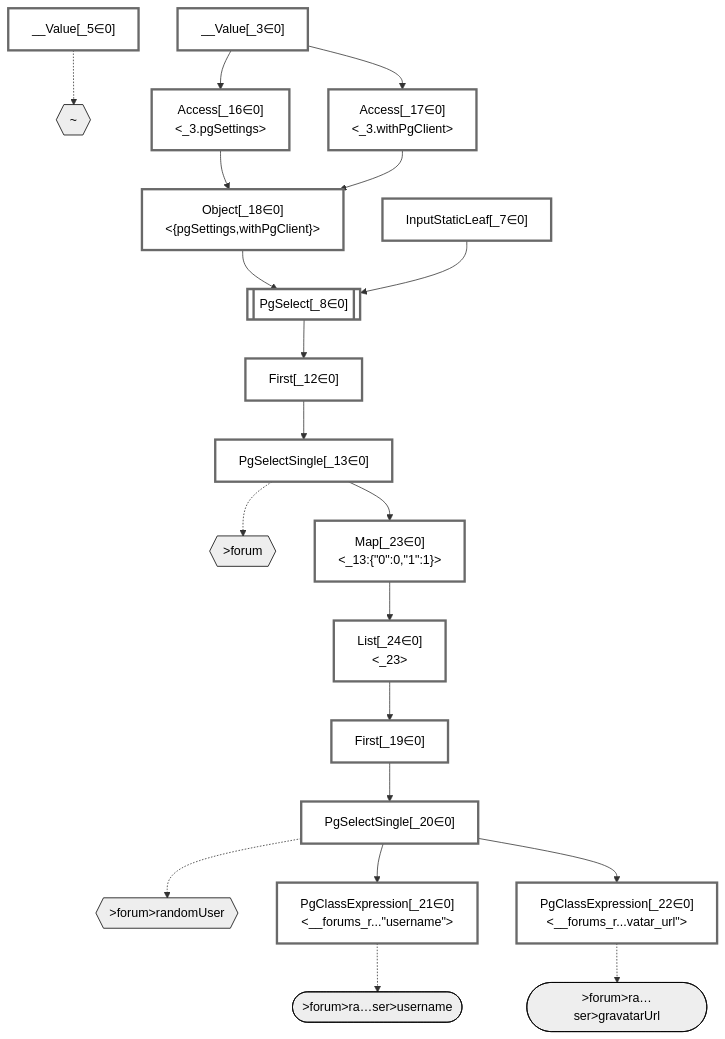
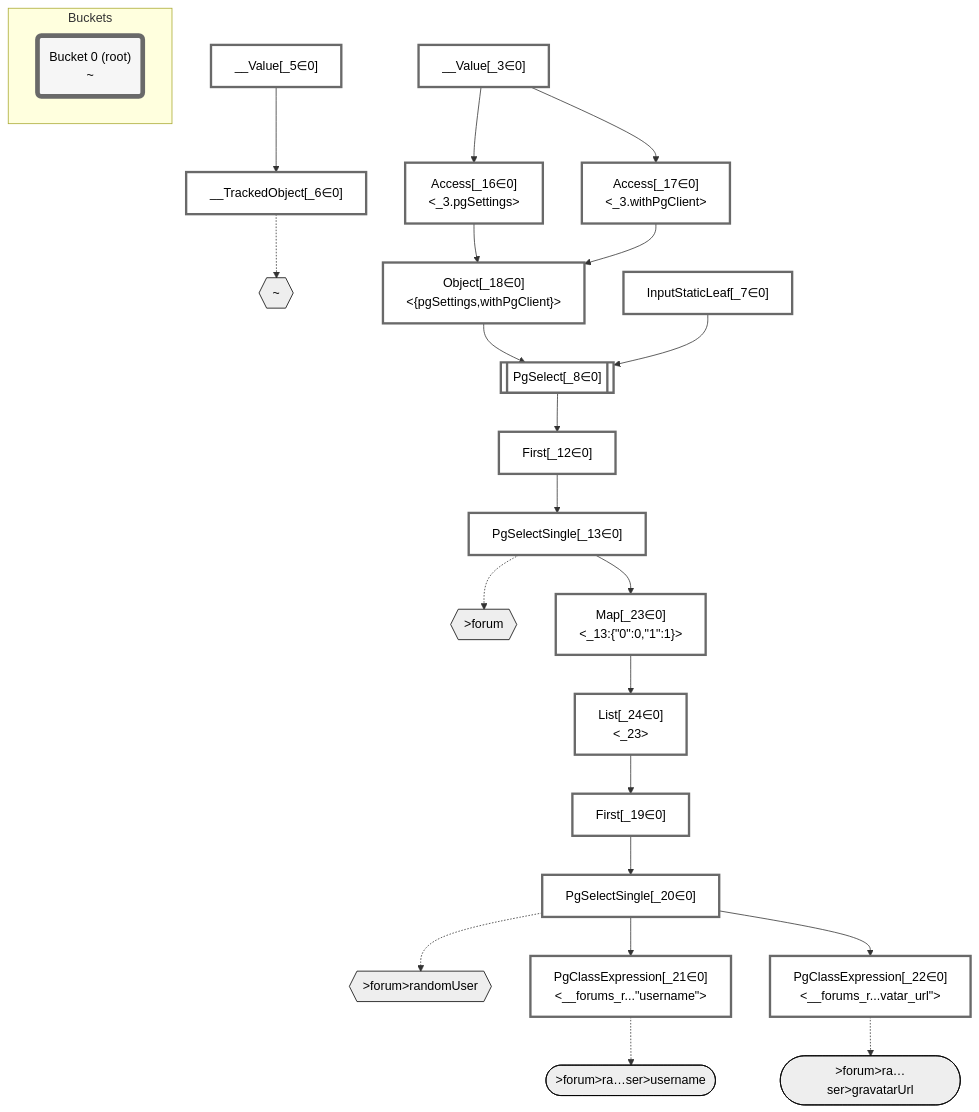
The diagram in packages/dataplan-pg/__tests__/queries/functions/computed-column-user.mermaid.md (graphile/crystal), drawn with Mermaid before and after one commit. The commit also changed 195 other files, not shown here.

````diff
--- a/packages/dataplan-pg/__tests__/queries/functions/computed-column-user.mermaid.md
+++ b/packages/dataplan-pg/__tests__/queries/functions/computed-column-user.mermaid.md
@@ -1,63 +1,71 @@
 ```mermaid
 graph TD
     classDef path fill:#eee,stroke:#000,color:#000
     classDef plan fill:#fff,stroke-width:3px,color:#000
     classDef itemplan fill:#fff,stroke-width:6px,color:#000
     classDef sideeffectplan fill:#f00,stroke-width:6px,color:#000
+    classDef bucket fill:#f6f6f6,color:#000,stroke-width:6px
 
     %% subgraph fields
     P1{{"~"}}:::path
     P2{{">forum"}}:::path
     P3{{">forum>randomUser"}}:::path
     P4([">forum>ra…ser>username"]):::path
     %% P3 -.-> P4
     P5([">forum>ra…ser>gravatarUrl"]):::path
     %% P3 -.-> P5
     %% P2 -.-> P3
     %% P1 -.-> P2
     %% end
 
     %% define plans
     __Value_3["__Value[_3∈0]<br /><context>"]:::plan
     __Value_5["__Value[_5∈0]<br /><rootValue>"]:::plan
+    __TrackedObject_6["__TrackedObject[_6∈0]"]:::plan
     InputStaticLeaf_7["InputStaticLeaf[_7∈0]"]:::plan
     PgSelect_8[["PgSelect[_8∈0]<br /><forums>"]]:::plan
     First_12["First[_12∈0]"]:::plan
     PgSelectSingle_13["PgSelectSingle[_13∈0]<br /><forums>"]:::plan
     Access_16["Access[_16∈0]<br /><_3.pgSettings>"]:::plan
     Access_17["Access[_17∈0]<br /><_3.withPgClient>"]:::plan
     Object_18["Object[_18∈0]<br /><{pgSettings,withPgClient}>"]:::plan
     First_19["First[_19∈0]"]:::plan
     PgSelectSingle_20["PgSelectSingle[_20∈0]<br /><users>"]:::plan
     PgClassExpression_21["PgClassExpression[_21∈0]<br /><__forums_r...#quot;username#quot;>"]:::plan
     PgClassExpression_22["PgClassExpression[_22∈0]<br /><__forums_r...vatar_url#quot;>"]:::plan
     Map_23["Map[_23∈0]<br /><_13:{#quot;0#quot;:0,#quot;1#quot;:1}>"]:::plan
     List_24["List[_24∈0]<br /><_23>"]:::plan
 
     %% plan dependencies
+    __Value_5 --> __TrackedObject_6
     Object_18 --> PgSelect_8
     InputStaticLeaf_7 --> PgSelect_8
     PgSelect_8 --> First_12
     First_12 --> PgSelectSingle_13
     __Value_3 --> Access_16
     __Value_3 --> Access_17
     Access_16 --> Object_18
     Access_17 --> Object_18
     List_24 --> First_19
     First_19 --> PgSelectSingle_20
     PgSelectSingle_20 --> PgClassExpression_21
     PgSelectSingle_20 --> PgClassExpression_22
     PgSelectSingle_13 --> Map_23
     Map_23 --> List_24
 
     %% plan-to-path relationships
-    __Value_5 -.-> P1
+    __TrackedObject_6 -.-> P1
     PgSelectSingle_13 -.-> P2
     PgSelectSingle_20 -.-> P3
     PgClassExpression_21 -.-> P4
     PgClassExpression_22 -.-> P5
 
     %% allocate buckets
     classDef bucket0 stroke:#696969
-    class __Value_3,__Value_5,InputStaticLeaf_7,PgSelect_8,First_12,PgSelectSingle_13,Access_16,Access_17,Object_18,First_19,PgSelectSingle_20,PgClassExpression_21,PgClassExpression_22,Map_23,List_24 bucket0
+    class __Value_3,__Value_5,__TrackedObject_6,InputStaticLeaf_7,PgSelect_8,First_12,PgSelectSingle_13,Access_16,Access_17,Object_18,First_19,PgSelectSingle_20,PgClassExpression_21,PgClassExpression_22,Map_23,List_24 bucket0
+
+    subgraph Buckets
+    Bucket0("Bucket 0 (root)<br />~"):::bucket
+    style Bucket0 stroke:#696969
+    end
 ```
````
